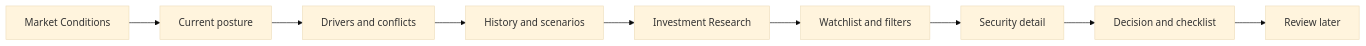
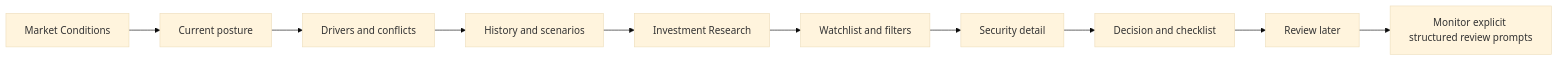
The first of 4 diagrams in docs/PROJECT_OBJECTIVE_AND_FLOWS.md (hooiml/signal), drawn with Mermaid (base theme) before and after one commit. The commit also changed other lines of this file and 10 other files, not shown here.

````diff
--- a/docs/PROJECT_OBJECTIVE_AND_FLOWS.md
+++ b/docs/PROJECT_OBJECTIVE_AND_FLOWS.md
@@ -84,11 +84,12 @@
 ```mermaid
 flowchart LR
     A[Market Conditions] --> B[Current posture]
     B --> C[Drivers and conflicts]
     C --> D[History and scenarios]
     D --> E[Investment Research]
     E --> F[Watchlist and filters]
     F --> G[Security detail]
     G --> H[Decision and checklist]
     H --> I[Review later]
+    I --> J[Monitor explicit structured review prompts]
 ```
````
